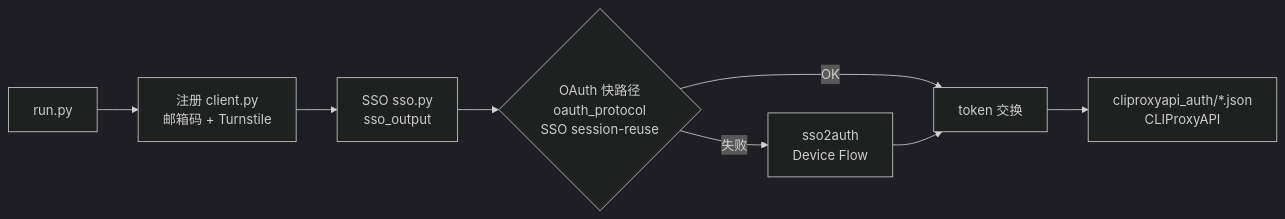
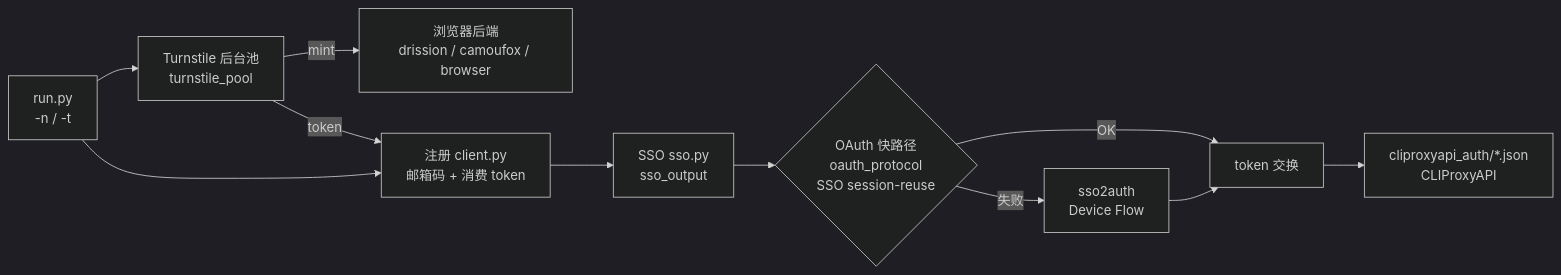
The diagram in README.md (starlight02/grok-build-auth), drawn with Mermaid (dark theme) before and after one commit. The commit also changed other lines of this file and 9 other files, not shown here.

Commit message:
feat(turnstile): default demand-driven token pool with warm-page mint

````diff
--- a/README.md
+++ b/README.md
@@ -63,10 +64,13 @@
 ```mermaid
 flowchart LR
-    A[run.py] --> B[注册 client.py<br/>邮箱码 + Turnstile]
+    A[run.py<br/>-n / -t] --> P[Turnstile 后台池<br/>turnstile_pool]
+    P -->|mint| S[浏览器后端<br/>drission / camoufox / browser]
+    A --> B[注册 client.py<br/>邮箱码 + 消费 token]
+    P -->|token| B
     B --> C[SSO sso.py<br/>sso_output]
     C --> D{OAuth 快路径<br/>oauth_protocol<br/>SSO session-reuse}
     D -->|OK| E[token 交换]
     D -->|失败| F[sso2auth<br/>Device Flow]
     F --> E
     E --> G[cliproxyapi_auth/*.json<br/>CLIProxyAPI]
 ```
````
